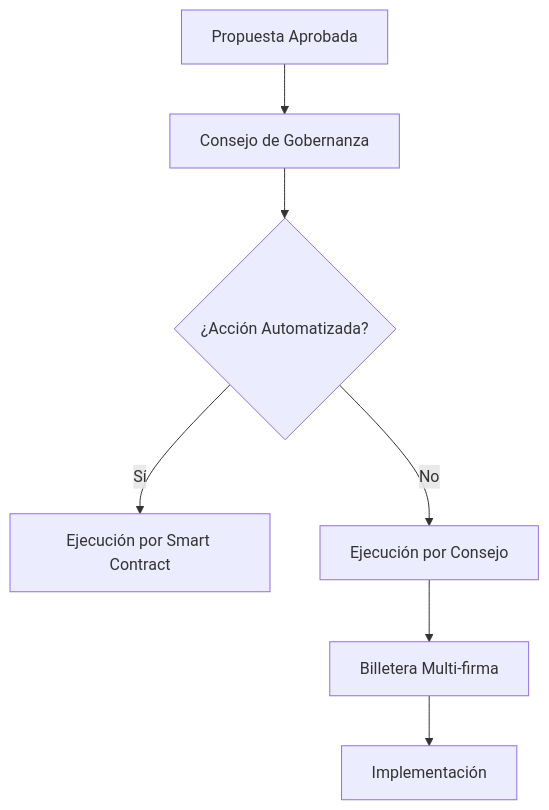
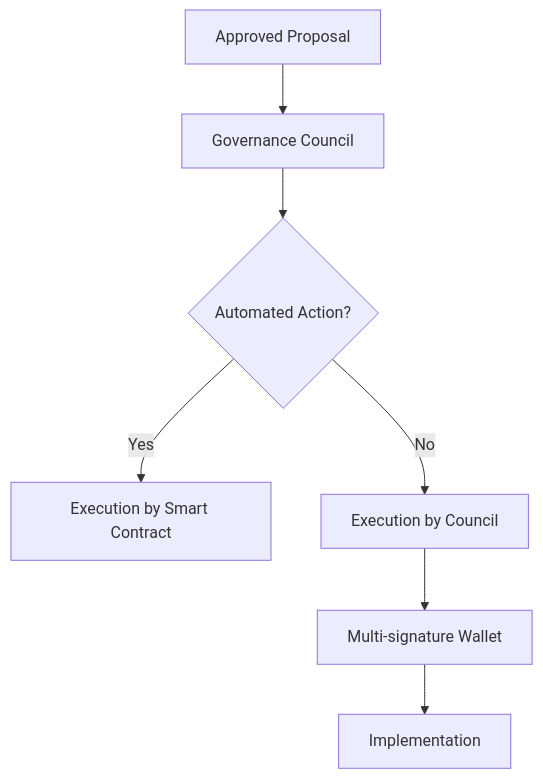
One commit to eth-ecuador/eth-ecuador-dao changed the sixth of 7 diagrams in YellowPaper.md. Above: the diagram before and after it, drawn with Mermaid. The commit also changed other lines of this file, not shown here.

````diff
--- a/YellowPaper.md
+++ b/YellowPaper.md
@@ -246,9 +272,9 @@
 ```mermaid
 flowchart TD
-    A[Propuesta Aprobada] --> B[Consejo de Gobernanza]
-    B --> C{¿Acción Automatizada?}
-    C -->|Sí| D[Ejecución por Smart Contract]
-    C -->|No| E[Ejecución por Consejo]
-    E --> F[Billetera Multi-firma]
-    F --> G[Implementación]
+    A[Approved Proposal] --> B[Governance Council]
+    B --> C{Automated Action?}
+    C -->|Yes| D[Execution by Smart Contract]
+    C -->|No| E[Execution by Council]
+    E --> F[Multi-signature Wallet]
+    F --> G[Implementation]
 ```
````
